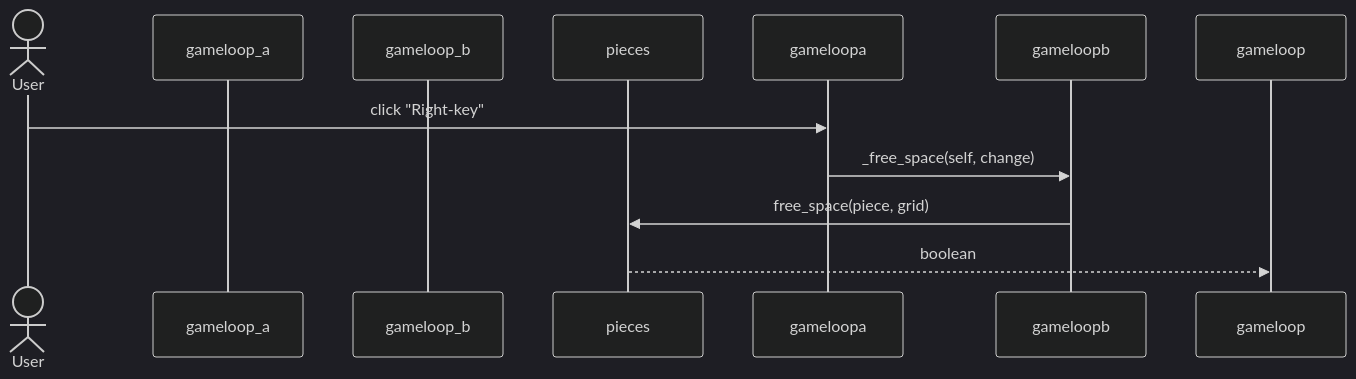
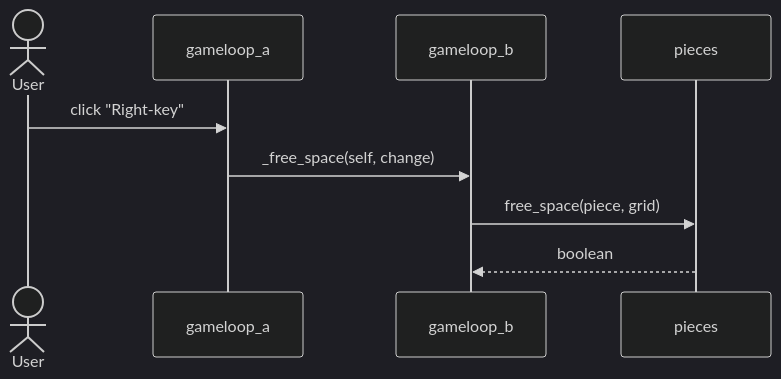
Before and after one commit to HYTApio/ot-harjoitustyo: the third of 3 diagrams in dokumentaatio/arkkitehtuuri.md, drawn with Mermaid (dark theme).

````diff
--- a/dokumentaatio/arkkitehtuuri.md
+++ b/dokumentaatio/arkkitehtuuri.md
@@ -49,11 +49,11 @@
 ```mermaid
 sequenceDiagram
   actor User
   participant gameloop_a
   participant gameloop_b
   participant pieces
-  User->>gameloopa: click "Right-key"
-  gameloopa->>gameloopb: _free_space(self, change)
-  gameloopb->>pieces: free_space(piece, grid)
-  pieces-->>gameloop: boolean
+  User->>gameloop_a: click "Right-key"
+  gameloop_a->>gameloop_b: _free_space(self, change)
+  gameloop_b->>pieces: free_space(piece, grid)
+  pieces-->>gameloop_b: boolean
 ```
````
